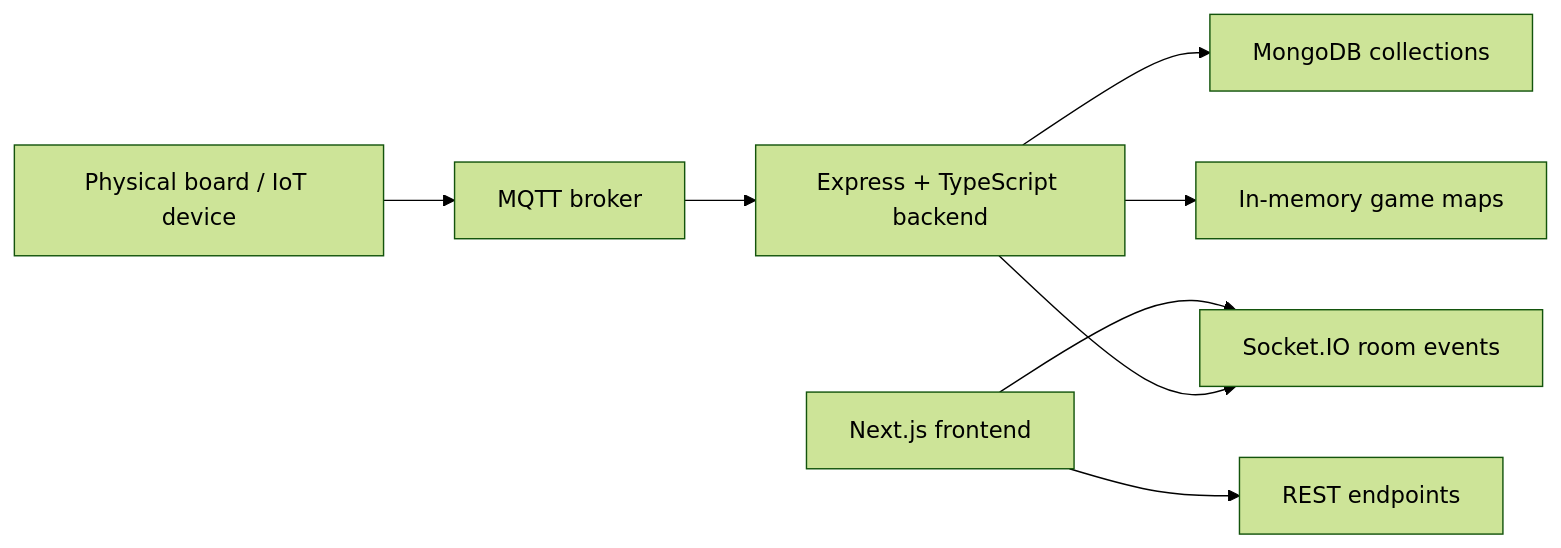
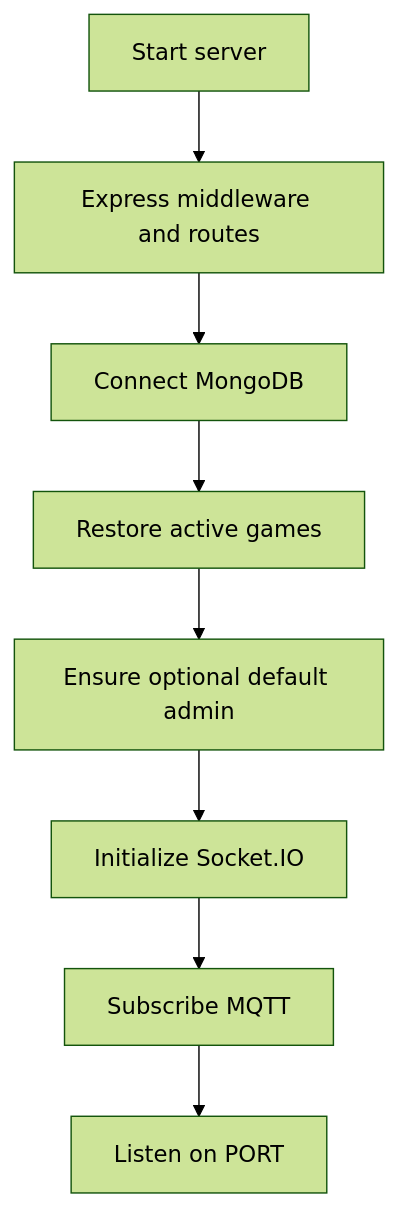
One commit to phong571737/BEChessWeb changed the second of 3 diagrams in docs/01-architecture.md. Above: the diagram before and after it, drawn with Mermaid (forest theme). The commit also changed other lines of this file and 1 other file, not shown here.

Commit message:
docs: rewrite system architecture

````diff
--- a/docs/01-architecture.md
+++ b/docs/01-architecture.md
@@ -36,10 +64,10 @@
 ```mermaid
-flowchart LR
-  Board[Physical board / IoT device] --> MQTT[MQTT broker]
-  MQTT --> Backend[Express + TypeScript backend]
-  Browser[Next.js frontend] --> API[REST endpoints]
-  Browser --> Socket[Socket.IO room events]
-  Backend --> Mongo[MongoDB collections]
-  Backend --> InMemory[In-memory game maps]
-  Backend --> Socket
+flowchart TD
+    Start[Start server] --> Middleware[Express middleware and routes]
+    Middleware --> DB[Connect MongoDB]
+    DB --> Restore[Restore active games]
+    Restore --> Admin[Ensure optional default admin]
+    Admin --> Socket[Initialize Socket.IO]
+    Socket --> MQTT[Subscribe MQTT]
+    MQTT --> Listen[Listen on PORT]
 ```
````
